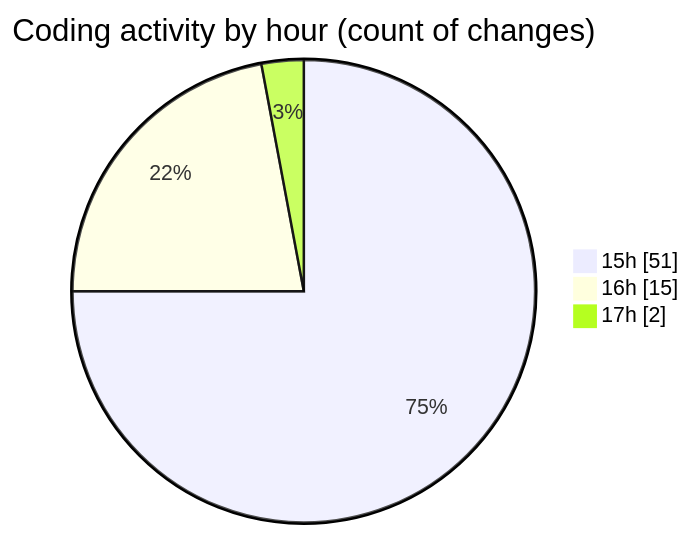
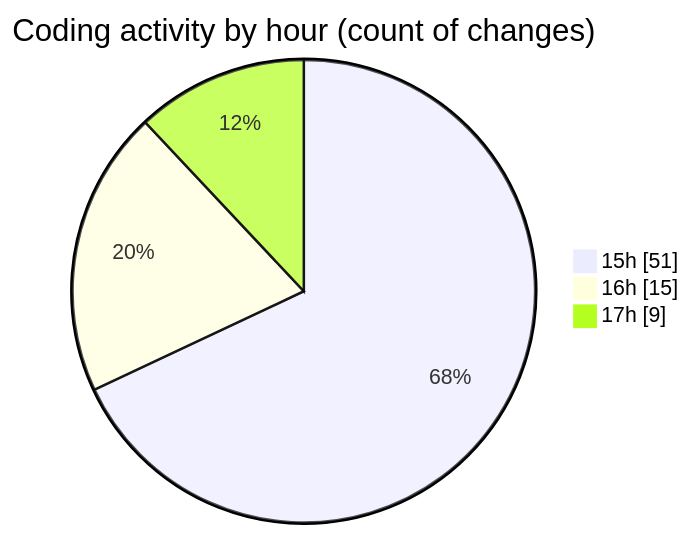
The second of 2 diagrams in 2025-05-10/elitesun/README.md (Elitesun/code-tracking), drawn with Mermaid before and after one commit. The commit also changed other lines of this file and 1 other file, not shown here.

````diff
--- a/2025-05-10/elitesun/README.md
+++ b/2025-05-10/elitesun/README.md
@@ -57,7 +59,7 @@
 ```mermaid
 pie showData
 title Coding activity by hour (count of changes)
 "15h" : 51
 "16h" : 15
-"17h" : 2
+"17h" : 9
 ```
````
